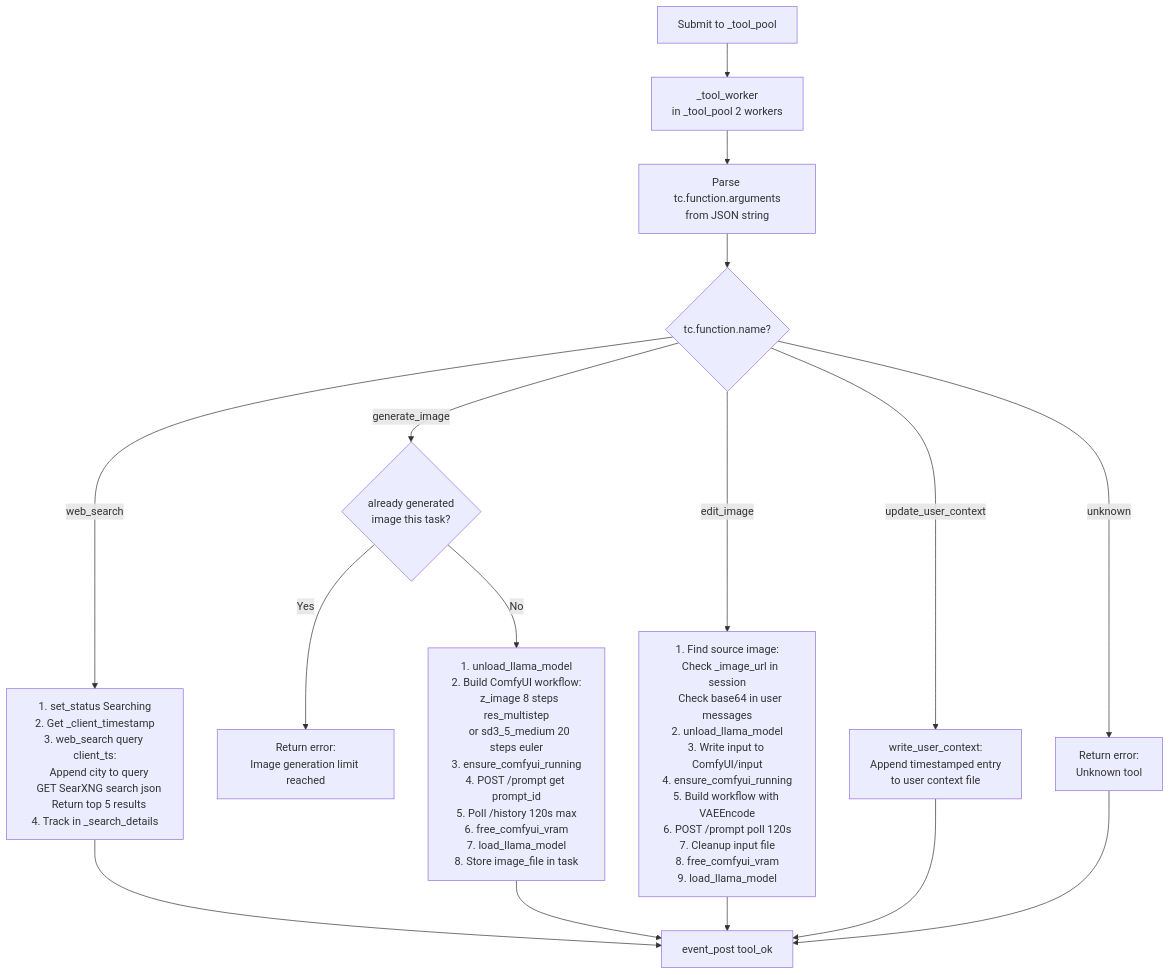
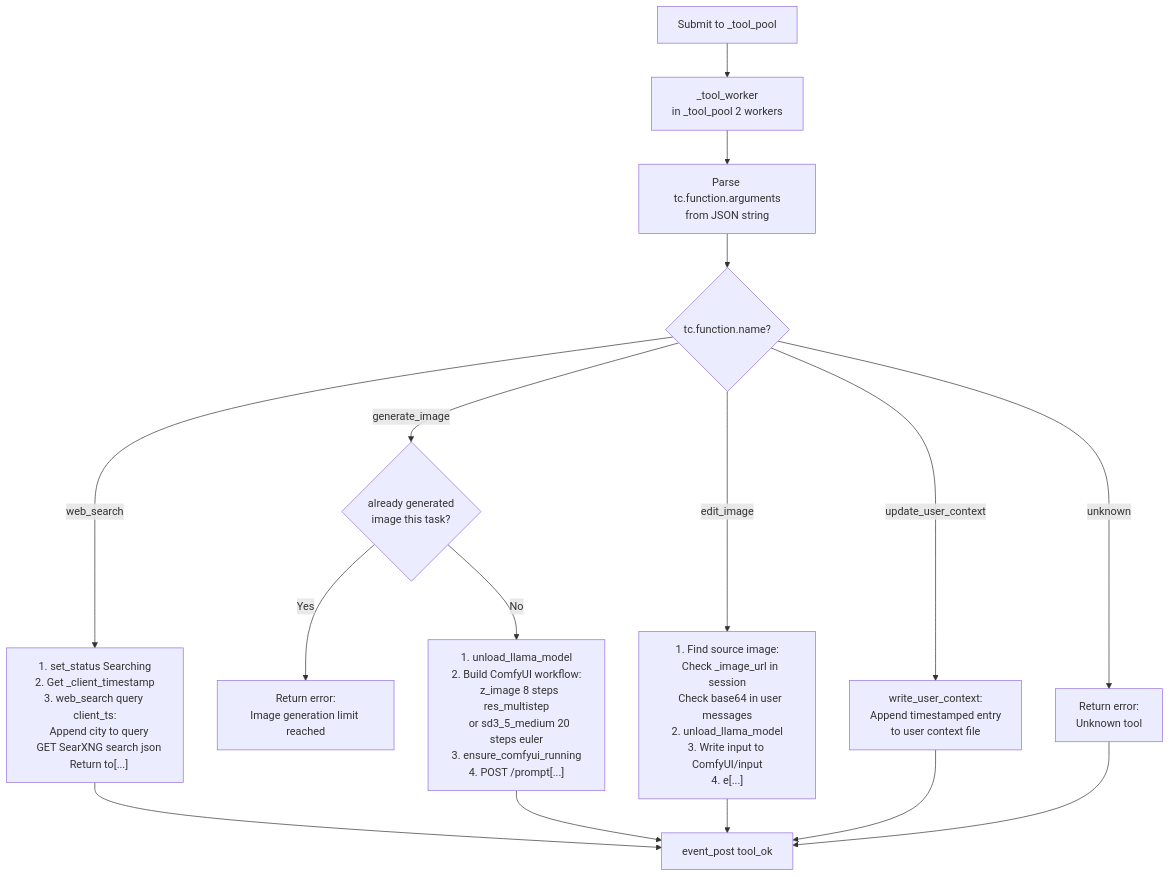
Before and after one commit to Palash90/local-ai: diagram 11 of 12 in README.md, drawn with Mermaid. The commit also changed other lines of this file, not shown here.

Commit message:
Move Quick Start to top and remove Requirements section

````diff
--- a/README.md
+++ b/README.md
@@ -283,23 +317,23 @@
 ```mermaid
 graph TD
     SubmitTools["Submit to _tool_pool"] --> ToolWorker["_tool_worker\nin _tool_pool 2 workers"]
     ToolWorker --> ParseArgs["Parse tc.function.arguments\nfrom JSON string"]
     ParseArgs --> ChooseTool{"tc.function.name?"}
 
-    ChooseTool -- "web_search" --> ExecSearch["1. set_status Searching\n2. Get _client_timestamp\n3. web_search query client_ts:\n   Append city to query\n   GET SearXNG search json\n   Return top 5 results\n4. Track in _search_details"]
+    ChooseTool -- "web_search" --> ExecSearch["1. set_status Searching\n2. Get _client_timestamp\n3. web_search query client_ts:\n   Append city to query\n   GET SearXNG search json\n   Return to[...]" ]
     ExecSearch --> ToolPost["event_post tool_ok"]
 
     ChooseTool -- "generate_image" --> GenGuard{"already generated\nimage this task?"}
     GenGuard -- Yes --> GenReject["Return error:\nImage generation limit reached"]
-    GenGuard -- No --> GenImage["1. unload_llama_model\n2. Build ComfyUI workflow:\n   z_image 8 steps res_multistep\n   or sd3_5_medium 20 steps euler\n3. ensure_comfyui_running\n4. POST /prompt get prompt_id\n5. Poll /history 120s max\n6. free_comfyui_vram\n7. load_llama_model\n8. Store image_file in task"]
+    GenGuard -- No --> GenImage["1. unload_llama_model\n2. Build ComfyUI workflow:\n   z_image 8 steps res_multistep\n   or sd3_5_medium 20 steps euler\n3. ensure_comfyui_running\n4. POST /prompt[...]" ]
     GenImage --> ToolPost
 
-    ChooseTool -- "edit_image" --> EditImage["1. Find source image:\n   Check _image_url in session\n   Check base64 in user messages\n2. unload_llama_model\n3. Write input to ComfyUI/input\n4. ensure_comfyui_running\n5. Build workflow with VAEEncode\n6. POST /prompt poll 120s\n7. Cleanup input file\n8. free_comfyui_vram\n9. load_llama_model"]
+    ChooseTool -- "edit_image" --> EditImage["1. Find source image:\n   Check _image_url in session\n   Check base64 in user messages\n2. unload_llama_model\n3. Write input to ComfyUI/input\n4. e[...]" ]
     EditImage --> ToolPost
 
     ChooseTool -- "update_user_context" --> ExecContext["write_user_context:\nAppend timestamped entry\nto user context file"]
     ExecContext --> ToolPost
 
     ChooseTool -- "unknown" --> ToolUnknown["Return error:\nUnknown tool"]
     ToolUnknown --> ToolPost
 ```
````
